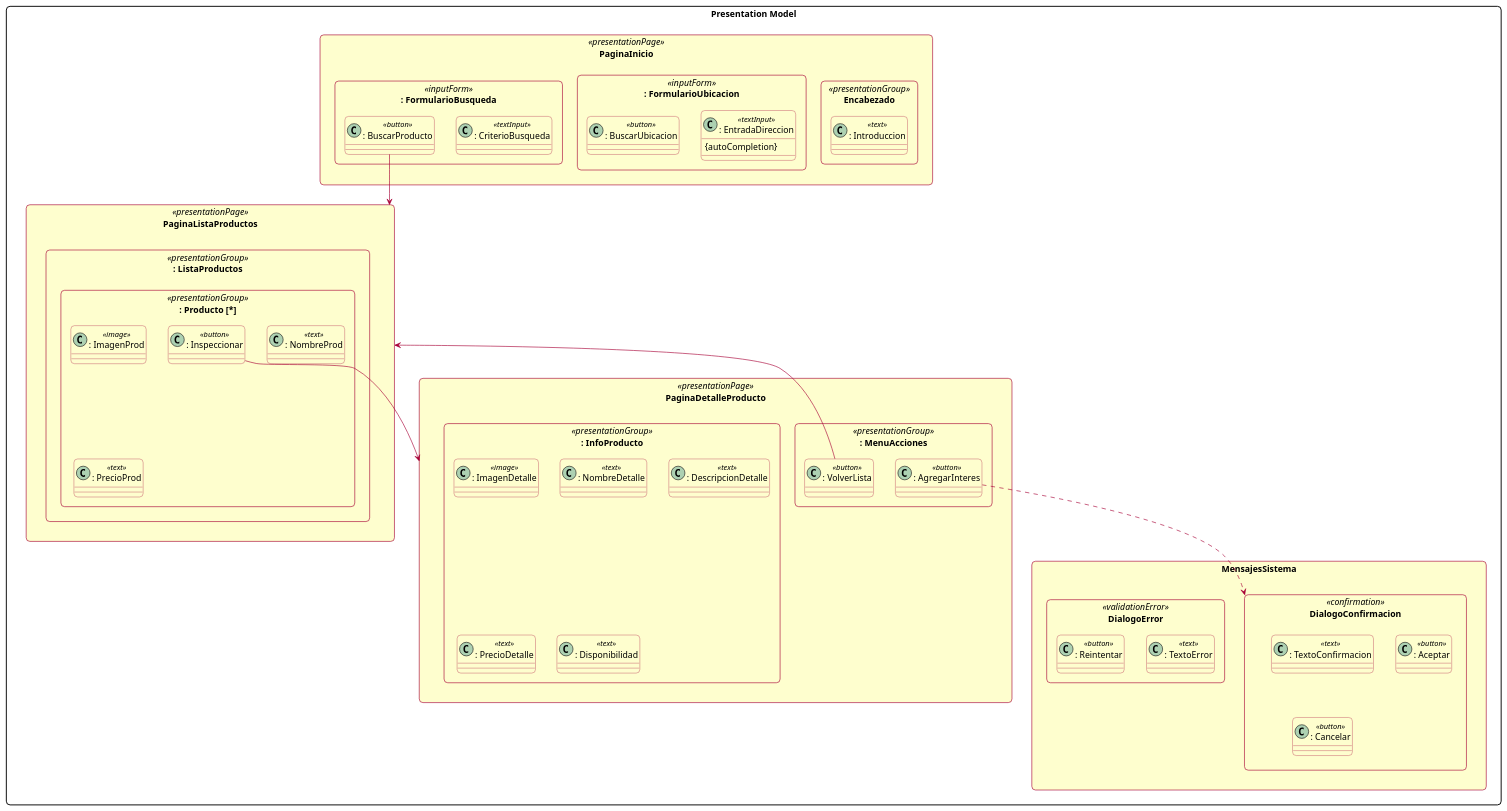
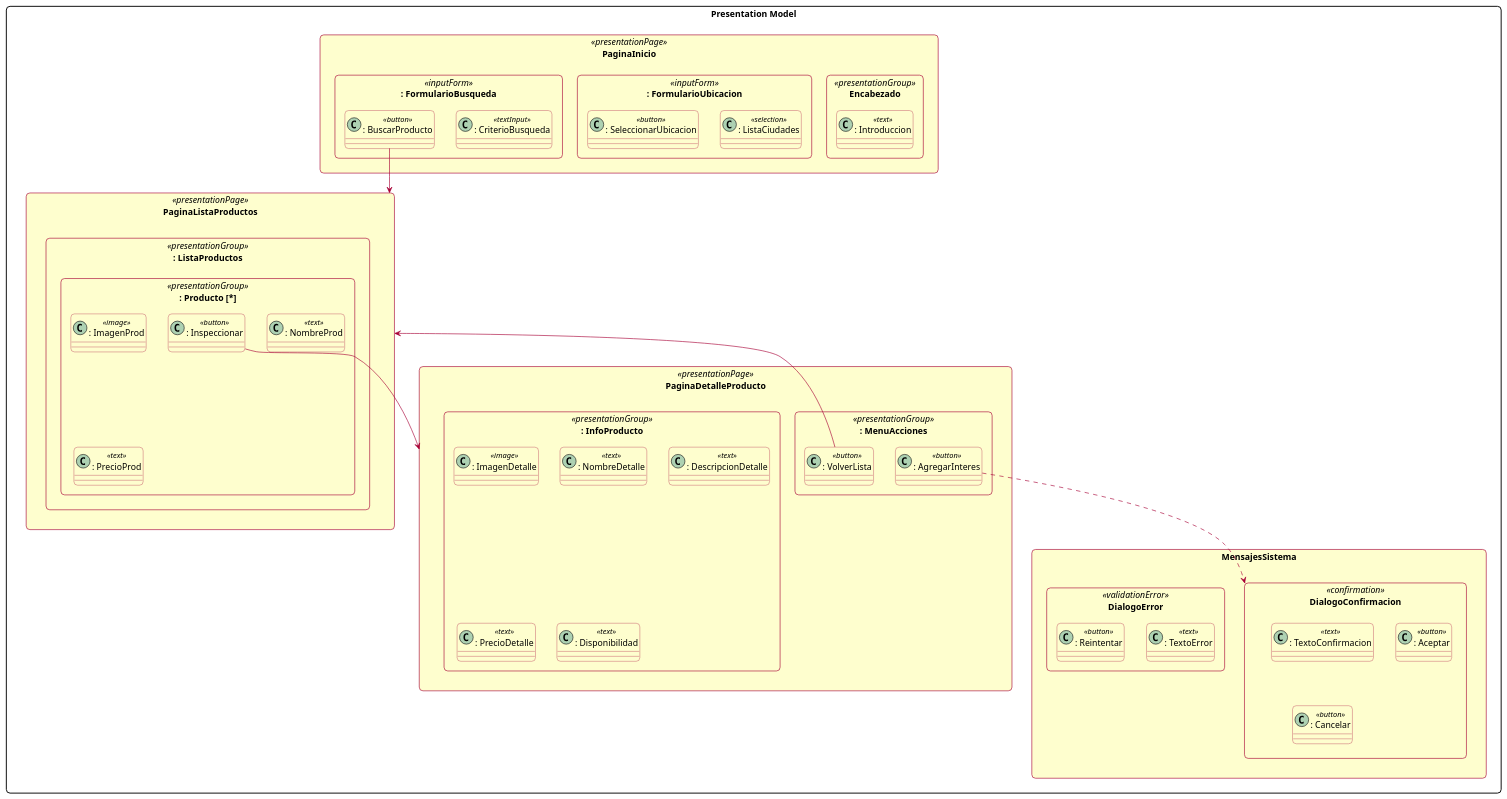
Before and after one commit to AinsleyJack/UWE-Tienda-Colectiva: the diagram in Presentation Model/customer_user/customer_user_presentation_model.puml, drawn with PlantUML.

Commit message:
Mejora : Presentation Model\customer_user\customer_user_presentation_model.puml

```diff
--- a/Presentation Model/customer_user/customer_user_presentation_model.puml
+++ b/Presentation Model/customer_user/customer_user_presentation_model.puml
@@ -1,112 +1,110 @@
 @startuml customer_user_presentation_model
 skinparam shadow false
 skinparam roundCorner 12
 skinparam packageStyle rectangle
 
 skinparam class {
     BackgroundColor #FEFECE
     BorderColor #A80036
     ArrowColor #A80036
 }
 
 skinparam rectangle {
     BackgroundColor #FEFECE
     BorderColor #A80036
 }
 
 ' ==========================================
 ' MODELO DE PRESENTACIÃ“N (UWE) - Customer USER
 ' ==========================================
 
 package "Presentation Model" {
 
     ' --- HOME PAGE ---
     rectangle "PaginaInicio" <<presentationPage>> {
         
         rectangle "Encabezado" <<presentationGroup>> {
             class ": Introduccion" <<text>>
         }
 
         rectangle ": FormularioUbicacion" <<inputForm>> {
-            class ": EntradaDireccion" <<textInput>> {
-               {autoCompletion}
-            }
-            class ": BuscarUbicacion" <<button>>
+            class ": ListaCiudades" <<selection>>
+            class ": SeleccionarUbicacion" <<button>>
         }
 
         rectangle ": FormularioBusqueda" <<inputForm>> {
             class ": CriterioBusqueda" <<textInput>>
             class ": BuscarProducto" <<button>>
         }
 
     }
 
 
 
 
 
     ' --- PRODUCT LISTING ---
     rectangle "PaginaListaProductos" <<presentationPage>> {
         
         rectangle ": ListaProductos" <<presentationGroup>> {
             rectangle ": Producto [*]" <<presentationGroup>> {
                  class ": ImagenProd" <<image>>
                  class ": NombreProd" <<text>>
                  class ": PrecioProd" <<text>>
                  class ": Inspeccionar" <<button>>
             }
         }
         
     }
 
     ' --- PRODUCT DETAIL ---
     rectangle "PaginaDetalleProducto" <<presentationPage>> {
         
         rectangle ": InfoProducto" <<presentationGroup>> {
              class ": ImagenDetalle" <<image>>
              class ": NombreDetalle" <<text>>
              class ": DescripcionDetalle" <<text>>
              class ": PrecioDetalle" <<text>>
              class ": Disponibilidad" <<text>>
         }
 
         rectangle ": MenuAcciones" <<presentationGroup>> {
              class ": AgregarInteres" <<button>>
              class ": VolverLista" <<button>>
         }
     }
     
     ' --- SYSTEM MESSAGES ---
     rectangle "MensajesSistema" {
         rectangle "DialogoConfirmacion" <<confirmation>> {
             class ": TextoConfirmacion" <<text>>
             class ": Aceptar" <<button>>
             class ": Cancelar" <<button>>
         }
 
         rectangle "DialogoError" <<validationError>> {
              class ": TextoError" <<text>>
              class ": Reintentar" <<button>>
         }
     }
 
 
     ' --- NAVIGATION FLOWS (Arrows between Pages) ---
     
     ' From Home
     ": BuscarProducto" --> "PaginaListaProductos"
 
     
     ' From Lists
     ": Inspeccionar" --> "PaginaDetalleProducto"
     
     ' From Details
     ": VolverLista" --> "PaginaListaProductos"
     ": AgregarInteres" ..> "DialogoConfirmacion"
     
     ' From Forms
 
     
 }
 
 @enduml
```
